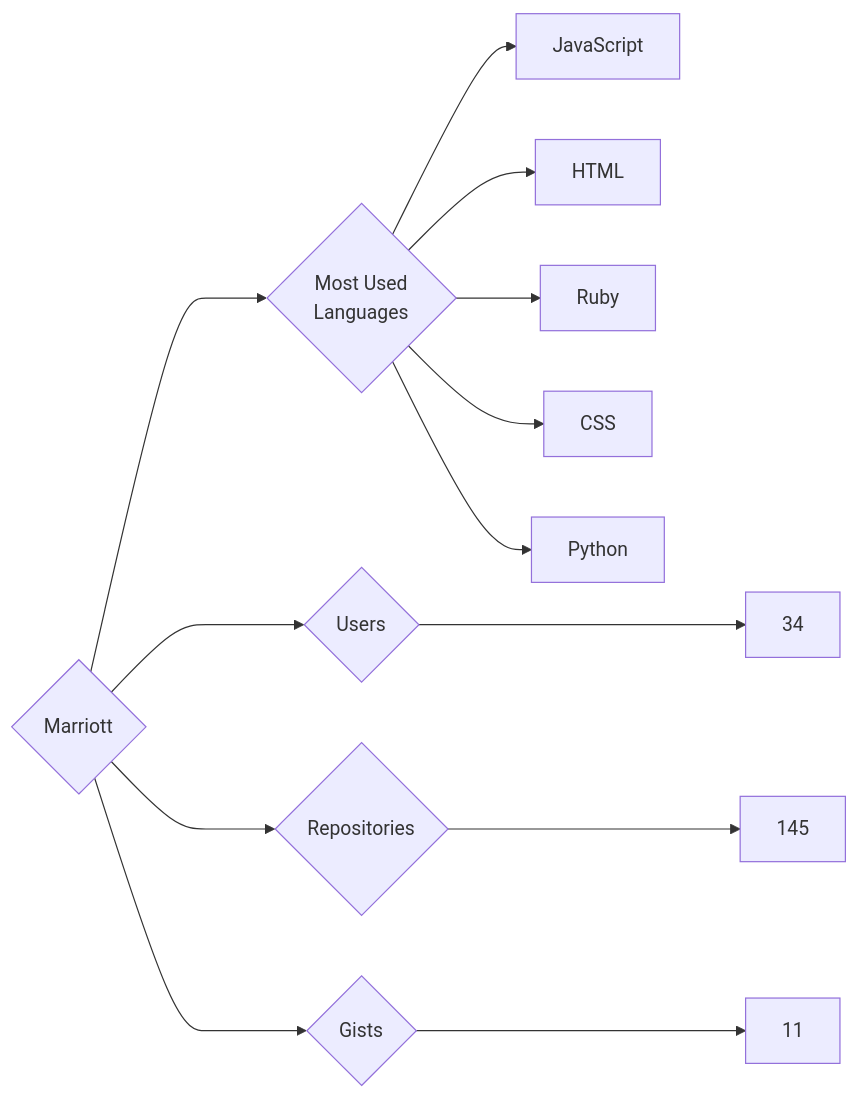
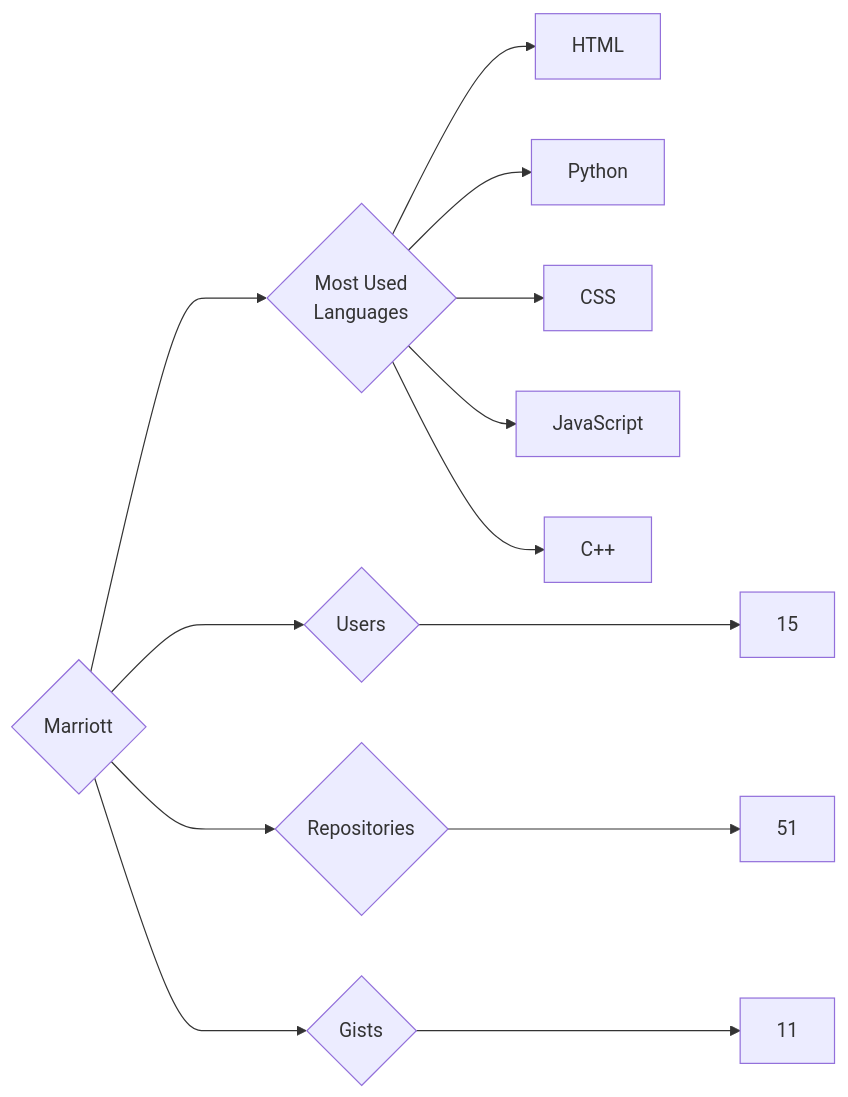
The diagram in targets/Marriott/README.md (trickest/insiders), drawn with Mermaid before and after one commit. The commit also changed 725 other files, not shown here.

````diff
--- a/targets/Marriott/README.md
+++ b/targets/Marriott/README.md
@@ -3,13 +3,13 @@
 ```mermaid
 graph LR
 COMPANY_NAME{Marriott}
-COMPANY_NAME ---> U{Users} ---> UN[34]
-COMPANY_NAME ---> R{Repositories} ---> RN[145]
+COMPANY_NAME ---> U{Users} ---> UN[15]
+COMPANY_NAME ---> R{Repositories} ---> RN[51]
 COMPANY_NAME ---> G{Gists} ---> GN[11]
 COMPANY_NAME ---> ML{Most Used<br>Languages}
+ML --> HTML[HTML]
+ML --> Python[Python]
+ML --> CSS[CSS]
 ML --> JavaScript[JavaScript]
-ML --> HTML[HTML]
-ML --> Ruby[Ruby]
-ML --> CSS[CSS]
-ML --> Python[Python]
+ML --> C++[C++]
 ```
````
